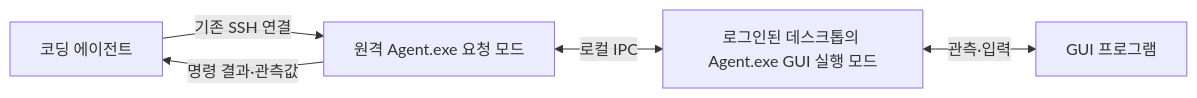
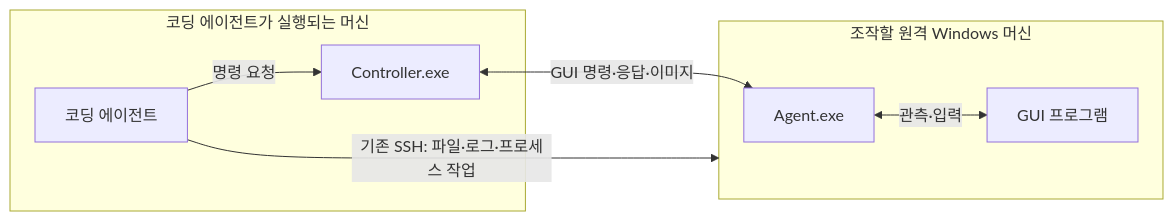
One commit to jacking75/DesktopTestDriver changed the diagram in README.md. Above: the diagram before and after it, drawn with Mermaid. The commit also changed other lines of this file and 4 other files, not shown here.

Commit message:
docs: align Controller and Agent roles, topology, and naming plan

````diff
--- a/README.md
+++ b/README.md
@@ -34,7 +36,11 @@
 ```mermaid
 flowchart LR
-    A[코딩 에이전트] -->|기존 SSH 연결| C[원격 Agent.exe 요청 모드]
-    C <-->|로컬 IPC| H[로그인된 데스크톱의 Agent.exe GUI 실행 모드]
-    H <-->|관측·입력| P[GUI 프로그램]
-    C -->|명령 결과·관측값| A
+    subgraph L[코딩 에이전트가 실행되는 머신]
+        A[코딩 에이전트] -->|명령 요청| C[Controller.exe]
+    end
+    subgraph R[조작할 원격 Windows 머신]
+        G[Agent.exe] <-->|관측·입력| P[GUI 프로그램]
+    end
+    C <-->|GUI 명령·응답·이미지| G
+    A -->|기존 SSH: 파일·로그·프로세스 작업| R
 ```
````
